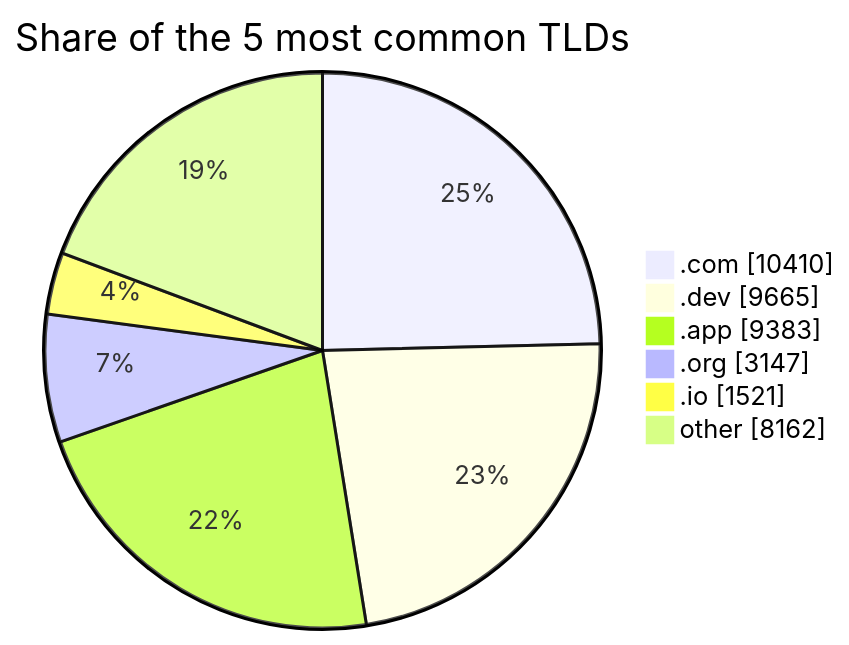
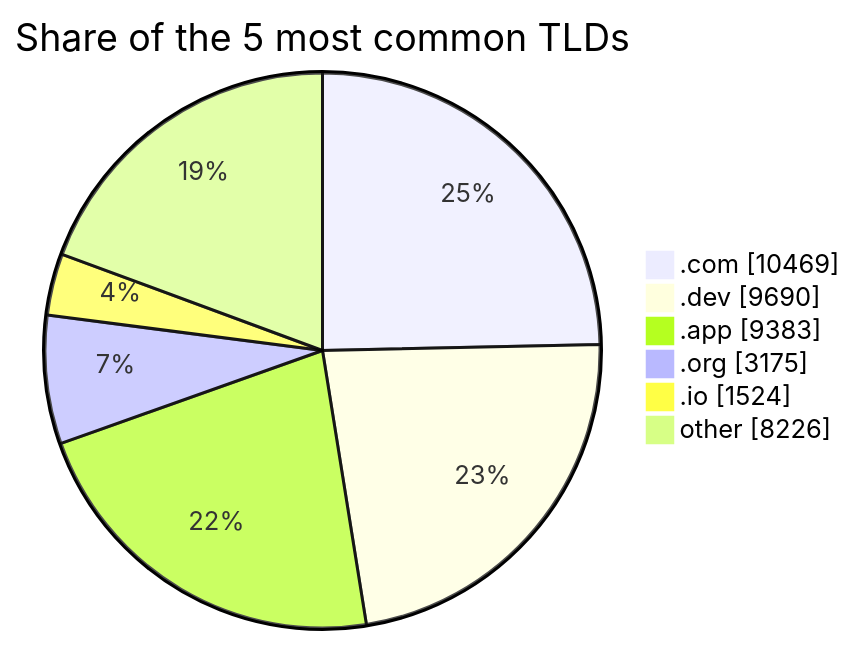
The third of 3 diagrams in README.md (DNSBunker/CTI), drawn with Mermaid before and after one commit. The commit also changed other lines of this file and 3 other files, not shown here.

````diff
--- a/README.md
+++ b/README.md
@@ -81,9 +81,9 @@
 ```mermaid
 pie showData title Share of the 5 most common TLDs
-    ".com" : 10410
-    ".dev" : 9665
+    ".com" : 10469
+    ".dev" : 9690
     ".app" : 9383
-    ".org" : 3147
-    ".io" : 1521
-    "other" : 8162
+    ".org" : 3175
+    ".io" : 1524
+    "other" : 8226
 ```
````
